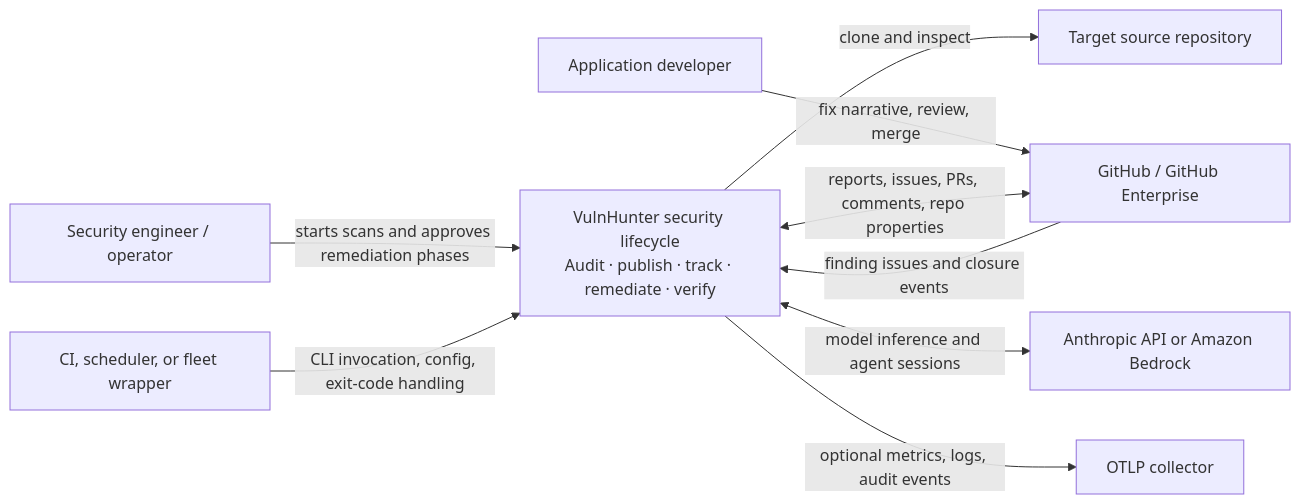
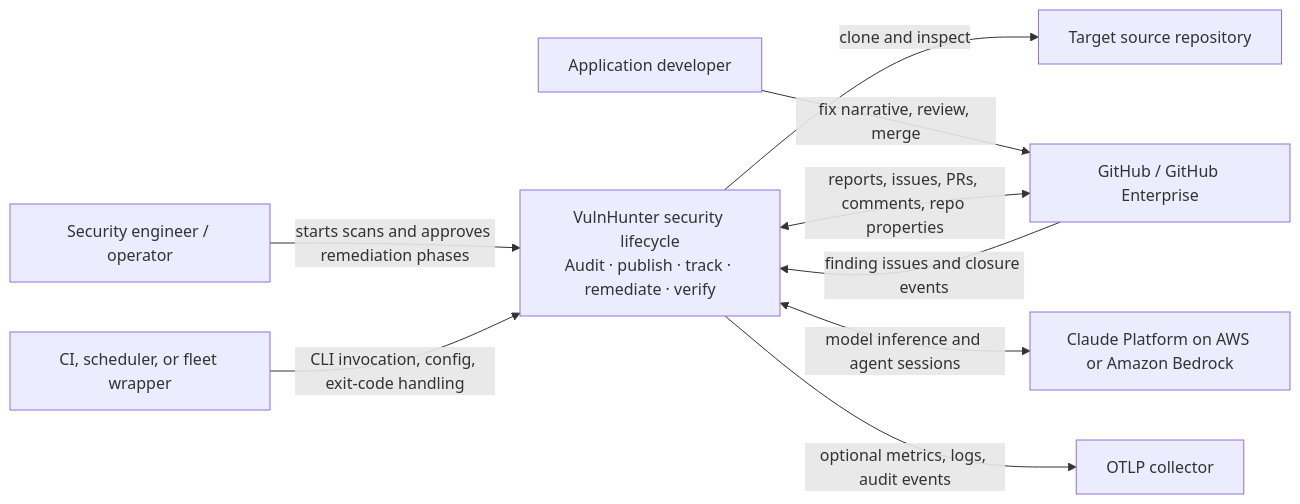
One commit to SecurityUniversalOrg/ai-agent-harness changed the first of 6 diagrams in docs/architecture/README.md. Above: the diagram before and after it, drawn with Mermaid. The commit also changed other lines of this file and 28 other files, not shown here.

Commit message:
added capability for Claude Platform on AWS login

````diff
--- a/docs/architecture/README.md
+++ b/docs/architecture/README.md
@@ -88,21 +88,21 @@
 ```mermaid
 flowchart LR
     operator["Security engineer / operator"]
     developer["Application developer"]
     scheduler["CI, scheduler, or fleet wrapper"]
     target["Target source repository"]
     github["GitHub / GitHub Enterprise"]
-    inference["Anthropic API or Amazon Bedrock"]
+    inference["Claude Platform on AWS or Amazon Bedrock"]
     telemetry["OTLP collector"]
 
     system["VulnHunter security lifecycle\nAudit · publish · track · remediate · verify"]
 
     operator -->|starts scans and approves remediation phases| system
     developer -->|fix narrative, review, merge| github
     scheduler -->|CLI invocation, config, exit-code handling| system
     system -->|clone and inspect| target
     system <-->|reports, issues, PRs, comments, repo properties| github
     system <-->|model inference and agent sessions| inference
     system -->|optional metrics, logs, audit events| telemetry
     github -->|finding issues and closure events| system
 ```
````
